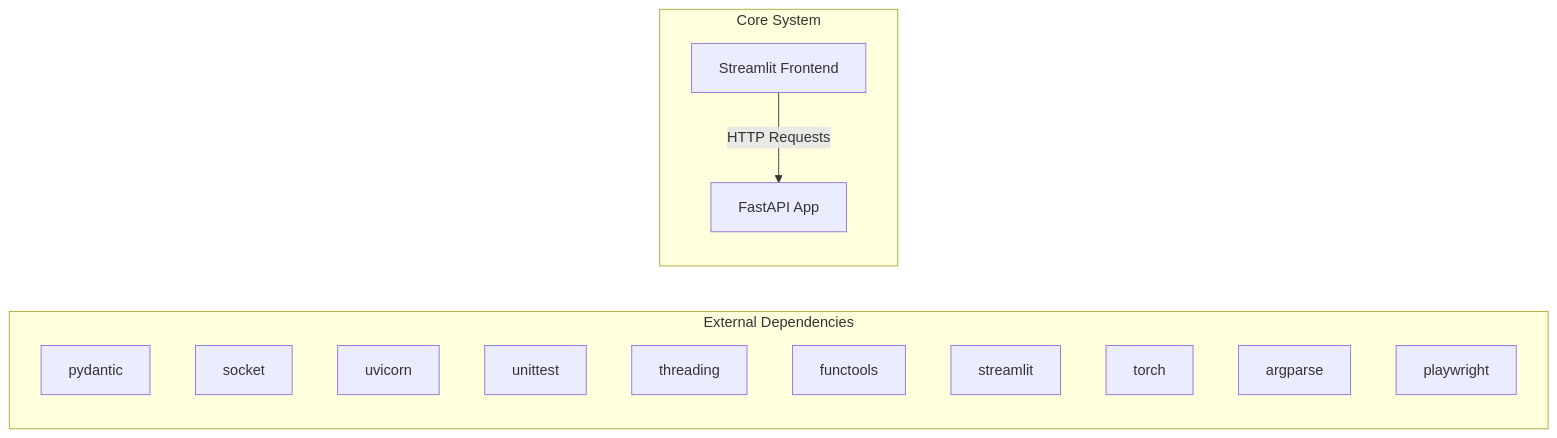
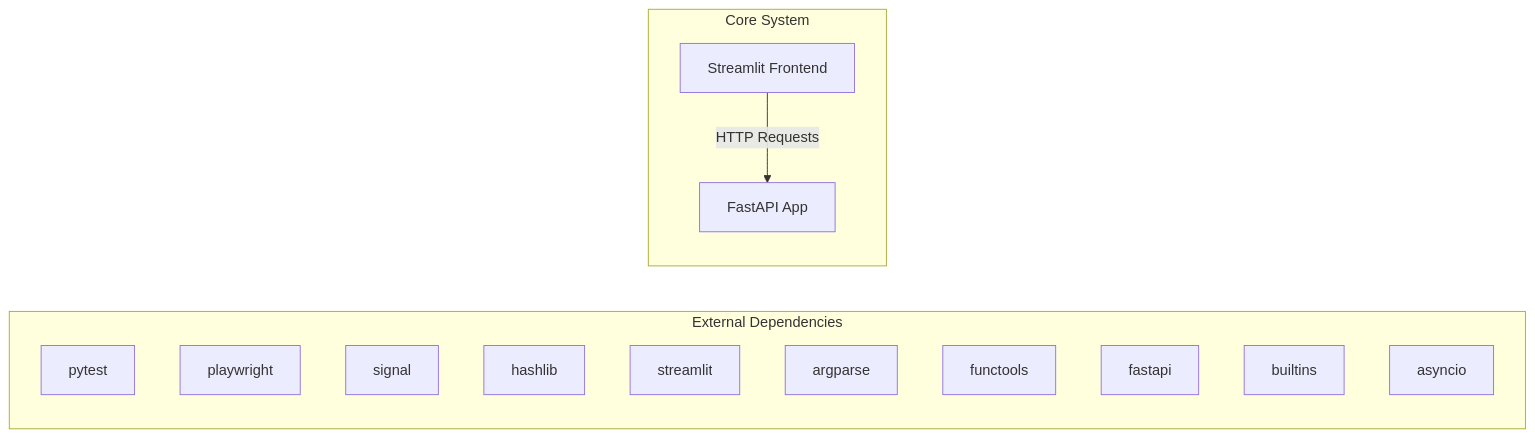
Before and after one commit to NITISH-R-G/rag-context-optimizer: the first of 2 diagrams in docs/architecture.md, drawn with Mermaid. The commit also changed other lines of this file and 1 other file, not shown here.

Commit message:
docs: auto-update repository knowledge, architecture diagrams, and documentation

````diff
--- a/docs/architecture.md
+++ b/docs/architecture.md
@@ -7,20 +7,20 @@
 ```mermaid
 graph LR
     subgraph External Dependencies
-        E0["pydantic"]
-        E1["socket"]
-        E2["uvicorn"]
-        E3["unittest"]
-        E4["threading"]
-        E5["functools"]
-        E6["streamlit"]
-        E7["torch"]
-        E8["argparse"]
-        E9["playwright"]
+        E0["pytest"]
+        E1["playwright"]
+        E2["signal"]
+        E3["hashlib"]
+        E4["streamlit"]
+        E5["argparse"]
+        E6["functools"]
+        E7["fastapi"]
+        E8["builtins"]
+        E9["asyncio"]
     end
     subgraph Core System
         API["FastAPI App"]
         UI["Streamlit Frontend"]
     end
     UI -->|HTTP Requests| API
 ```
````
